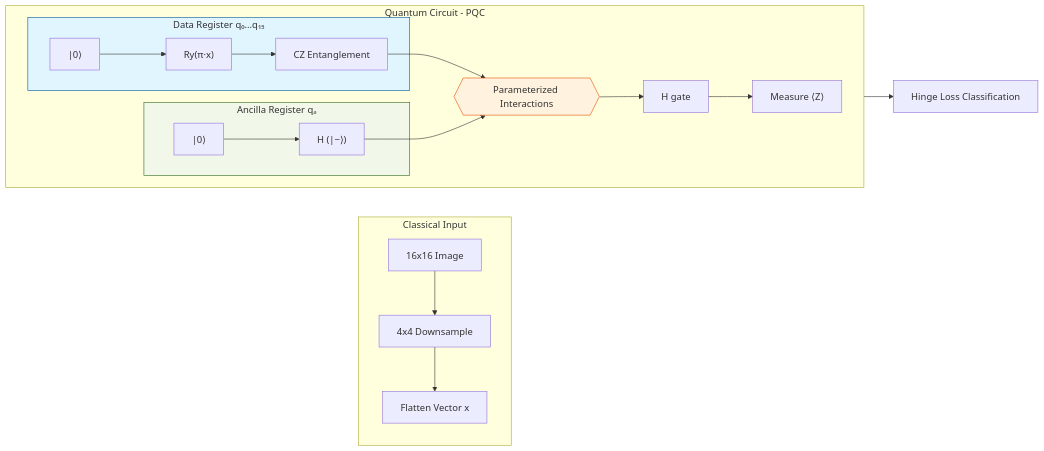
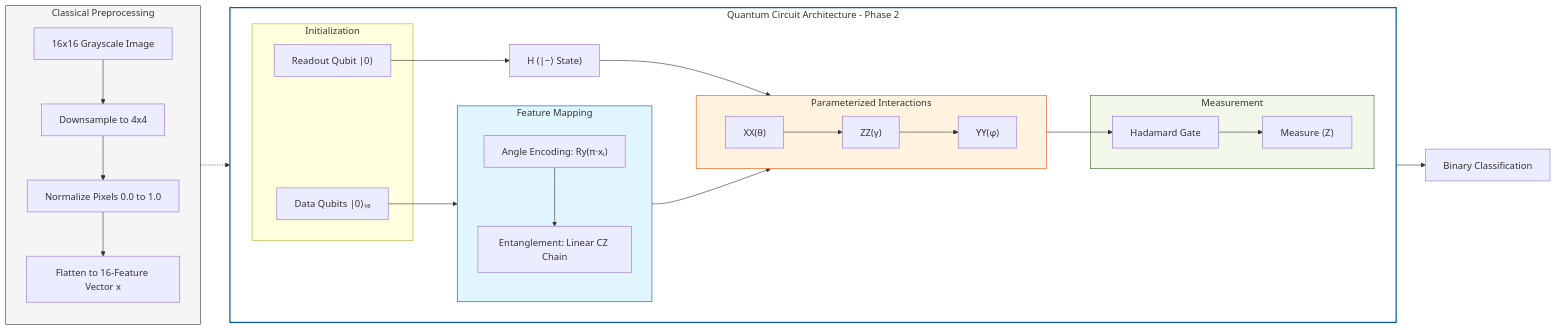
The diagram in README.md (juleshenry/quantum-mnist), drawn with Mermaid before and after one commit. The commit also changed other lines of this file, not shown here.

````diff
--- a/README.md
+++ b/README.md
@@ -26,32 +26,57 @@
 ```mermaid
 graph LR
-    subgraph Classical_Prep [Classical Input]
-        A[16x16 Image] --> B[4x4 Downsample]
-        B --> C[Flatten Vector x]
+    %% Classical Pipeline
+    subgraph Preprocessing [Classical Preprocessing]
+        direction TB
+        A[16x16 Grayscale Image] --> B[Downsample to 4x4]
+        B --> C[Normalize Pixels 0.0 to 1.0]
+        C --> D[Flatten to 16-Feature Vector x]
     end
 
-    subgraph Quantum_Circuit [Quantum Circuit - PQC]
+    %% Quantum Circuit
+    subgraph QPU [Quantum Circuit Architecture - Phase 2]
         direction LR
         
-        subgraph Data_Register [Data Register q₀...q₁₅]
-            D_Init["|0⟩"] --> D_Enc["Ry(π·x)"]
-            D_Enc --> D_Ent["CZ Entanglement"]
+        subgraph Init [Initialization]
+            Q_d["Data Qubits |0⟩₁₆"]
+            Q_a["Readout Qubit |0⟩"]
         end
 
-        subgraph Ancilla_Register [Ancilla Register qₐ]
-            A_Init["|0⟩"] --> A_Prep["H (|−⟩)"]
+        subgraph Encoding [Feature Mapping]
+            direction TB
+            E1["Angle Encoding: Ry(π·xᵢ)"]
+            E2["Entanglement: Linear CZ Chain"]
+            E1 --> E2
         end
 
-        D_Ent --> PQC_Core{{Parameterized Interactions}}
-        A_Prep --> PQC_Core
+        subgraph PQC [Parameterized Interactions]
+            direction LR
+            I1["XX(θ)"] --> I2["ZZ(γ)"] --> I3["YY(φ)"]
+        end
+
+        subgraph Readout [Measurement]
+            M1["Hadamard Gate"]
+            M2["Measure ⟨Z⟩"]
+            M1 --> M2
+        end
+
+        %% Data Flow
+        Q_d --> Encoding
+        Q_a --> Prep["H (|−⟩ State)"]
         
-        PQC_Core --> A_Post["H gate"]
-        A_Post --> A_Meas["Measure ⟨Z⟩"]
+        Encoding --> PQC
+        Prep --> PQC
+        
+        PQC --> M1
     end
 
-    A_Meas --> Loss[Hinge Loss Classification]
+    %% External Connections
+    D -.-> E1
+    M2 --> Result[Binary Classification]
 
-    style Data_Register fill:#e1f5fe,stroke:#01579b
-    style Ancilla_Register fill:#f1f8e9,stroke:#33691e
-    style PQC_Core fill:#fff3e0,stroke:#e65100
+    style Preprocessing fill:#f5f5f5,stroke:#333,stroke-width:1px
+    style QPU fill:#fff,stroke:#01579b,stroke-width:2px
+    style Encoding fill:#e1f5fe,stroke:#01579b
+    style PQC fill:#fff3e0,stroke:#e65100
+    style Readout fill:#f1f8e9,stroke:#33691e
 ```
````
